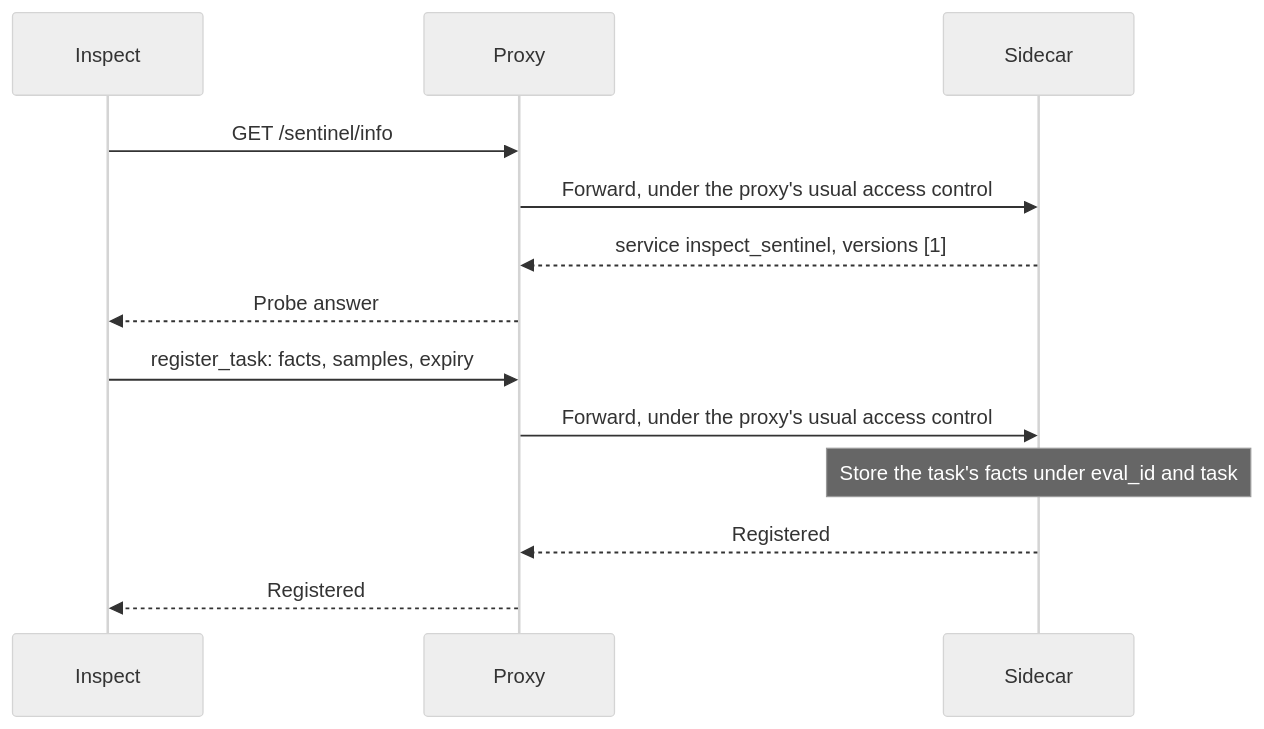
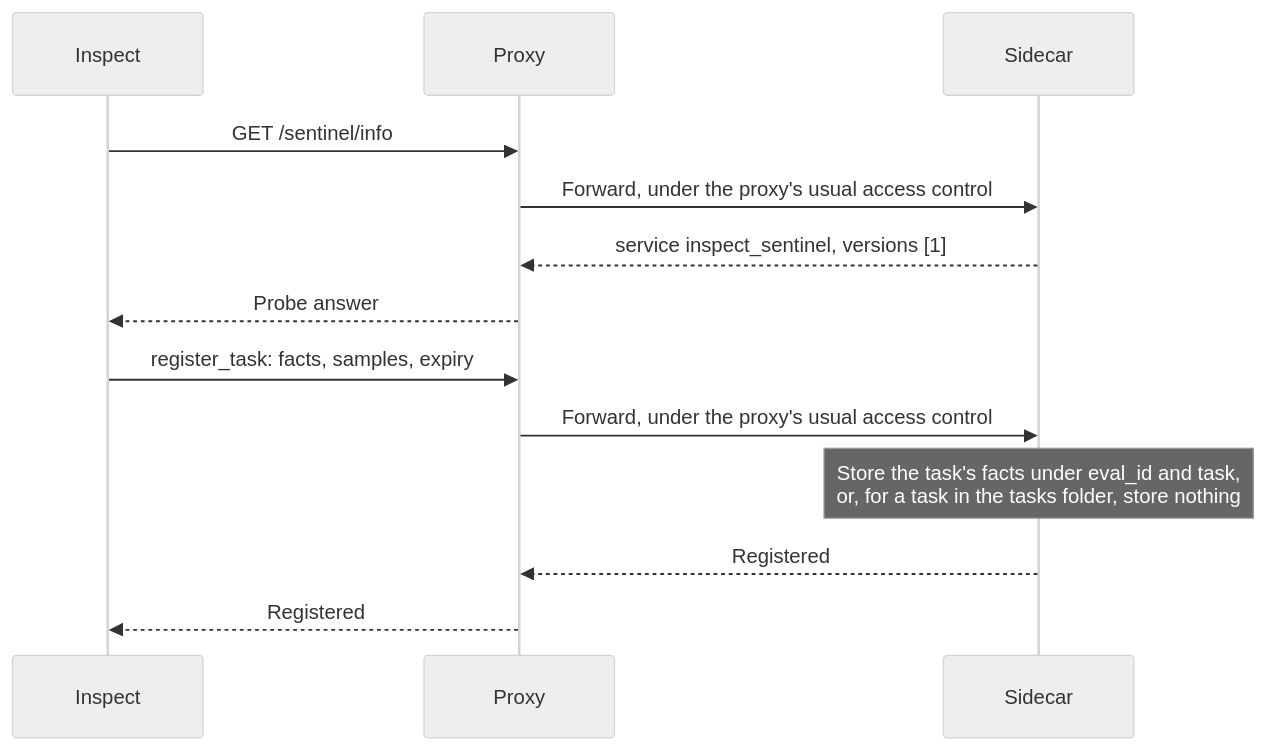
The second of 9 diagrams in design/sidecar.md (meridianlabs-ai/inspect_sentinel), drawn with Mermaid (neutral theme) before and after one commit. The commit also changed other lines of this file and 1 other file, not shown here.

First line of the commit message:
docs: answer a registration of a tasks-folder task instead of refusing it (#112)

````diff
--- a/design/sidecar.md
+++ b/design/sidecar.md
@@ -503,15 +503,15 @@
 ```mermaid
 sequenceDiagram
     participant I as Inspect
     participant P as Proxy
     participant S as Sidecar
     I->>P: GET /sentinel/info
     P->>S: Forward, under the proxy's usual access control
     S-->>P: service inspect_sentinel, versions [1]
     P-->>I: Probe answer
     I->>P: register_task: facts, samples, expiry
     P->>S: Forward, under the proxy's usual access control
-    Note over S: Store the task's facts under eval_id and task
+    Note over S: Store the task's facts under eval_id and task,<br/>or, for a task in the tasks folder, store nothing
     S-->>P: Registered
     P-->>I: Registered
 ```
````
